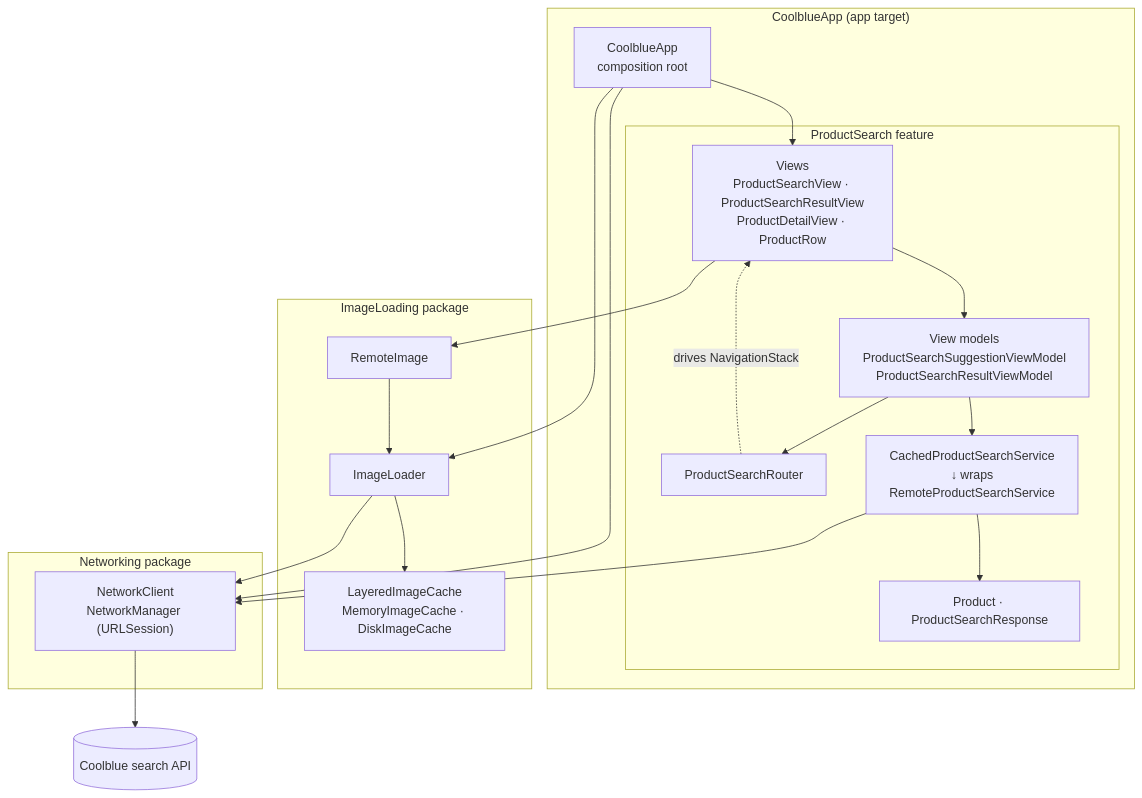
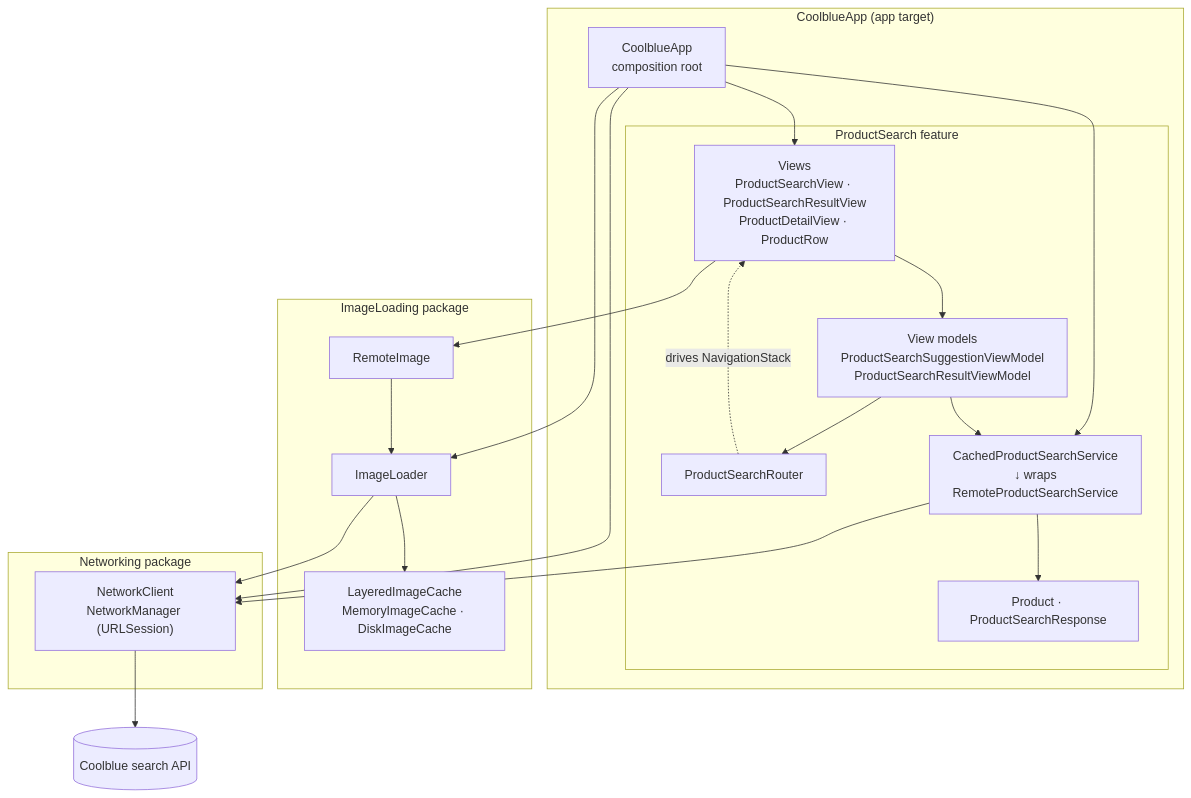
Before and after one commit to rushisangani/CoolblueApp: the first of 2 diagrams in README.md, drawn with Mermaid. The commit also changed other lines of this file, not shown here.

````diff
--- a/README.md
+++ b/README.md
@@ -25,37 +27,38 @@
 ```mermaid
 flowchart TB
     subgraph App["CoolblueApp (app target)"]
         Entry["CoolblueApp<br/>composition root"]
         subgraph Feature["ProductSearch feature"]
             Views["Views<br/>ProductSearchView · ProductSearchResultView<br/>ProductDetailView · ProductRow"]
             VMs["View models<br/>ProductSearchSuggestionViewModel<br/>ProductSearchResultViewModel"]
             Router["ProductSearchRouter"]
             Service["CachedProductSearchService<br/>↓ wraps<br/>RemoteProductSearchService"]
             Models["Product · ProductSearchResponse"]
         end
     end
     subgraph ImageLoadingPkg["ImageLoading package"]
         RemoteImage["RemoteImage"]
         Loader["ImageLoader"]
         Caches["LayeredImageCache<br/>MemoryImageCache · DiskImageCache"]
     end
     subgraph NetworkingPkg["Networking package"]
         Client["NetworkClient<br/>NetworkManager (URLSession)"]
     end
     API[("Coolblue search API")]
 
     Entry --> Views
+    Entry --> Service
     Entry --> Client
     Entry --> Loader
     Views --> VMs
     Views --> RemoteImage
     VMs --> Service
     VMs --> Router
     Router -. "drives NavigationStack" .-> Views
     Service --> Client
     Service --> Models
     RemoteImage --> Loader
     Loader --> Caches
     Loader --> Client
     Client --> API
 ```
````
